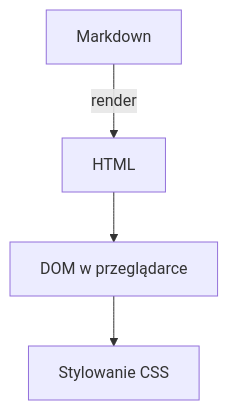
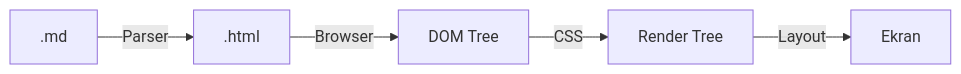
The diagram in labs/lab08.md (zacniewski/materials-about-markup-and-scripting-languages), drawn with Mermaid before and after one commit. The commit also changed other lines of this file and 1 other file, not shown here.

````diff
--- a/labs/lab08.md
+++ b/labs/lab08.md
@@ -13,6 +17,7 @@
 ```mermaid
-graph TD
-  A[Markdown] -->|render| B[HTML]
-  B --> C[DOM w przeglądarce]
-  C --> D[Stylowanie CSS]
+graph LR
+    MD[.md] -->|Parser| HTML[.html]
+    HTML -->|Browser| DOM[DOM Tree]
+    DOM -->|CSS| Render[Render Tree]
+    Render -->|Layout| Paint[Ekran]
 ```
````
